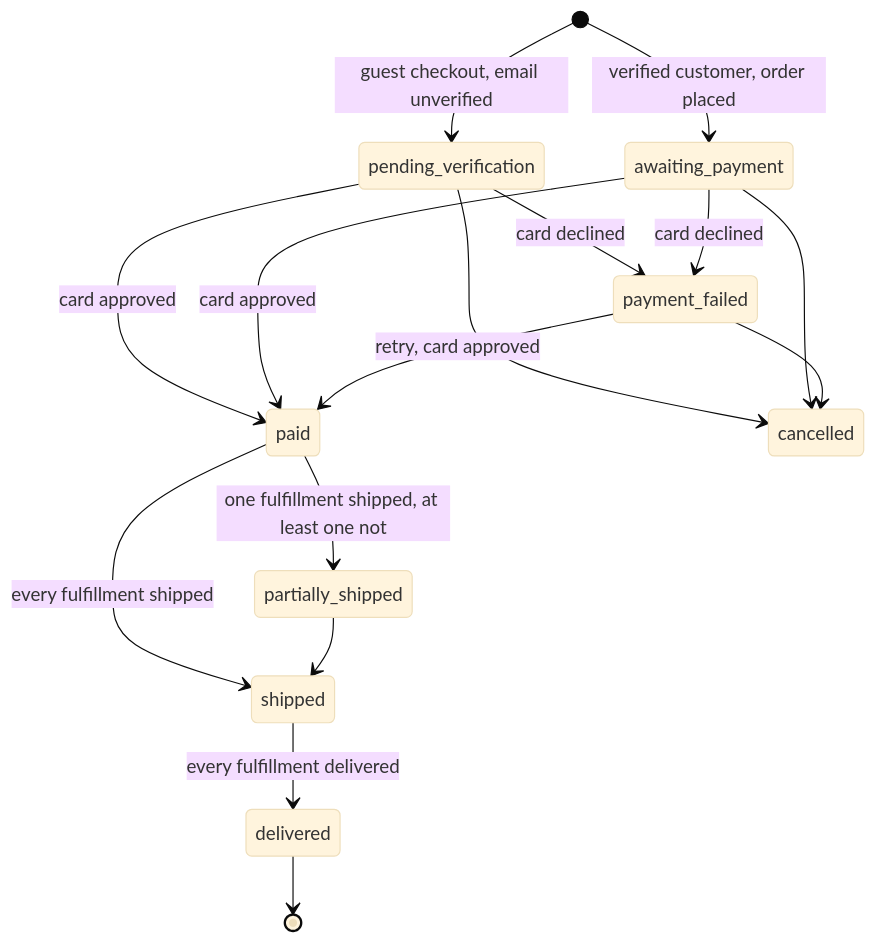
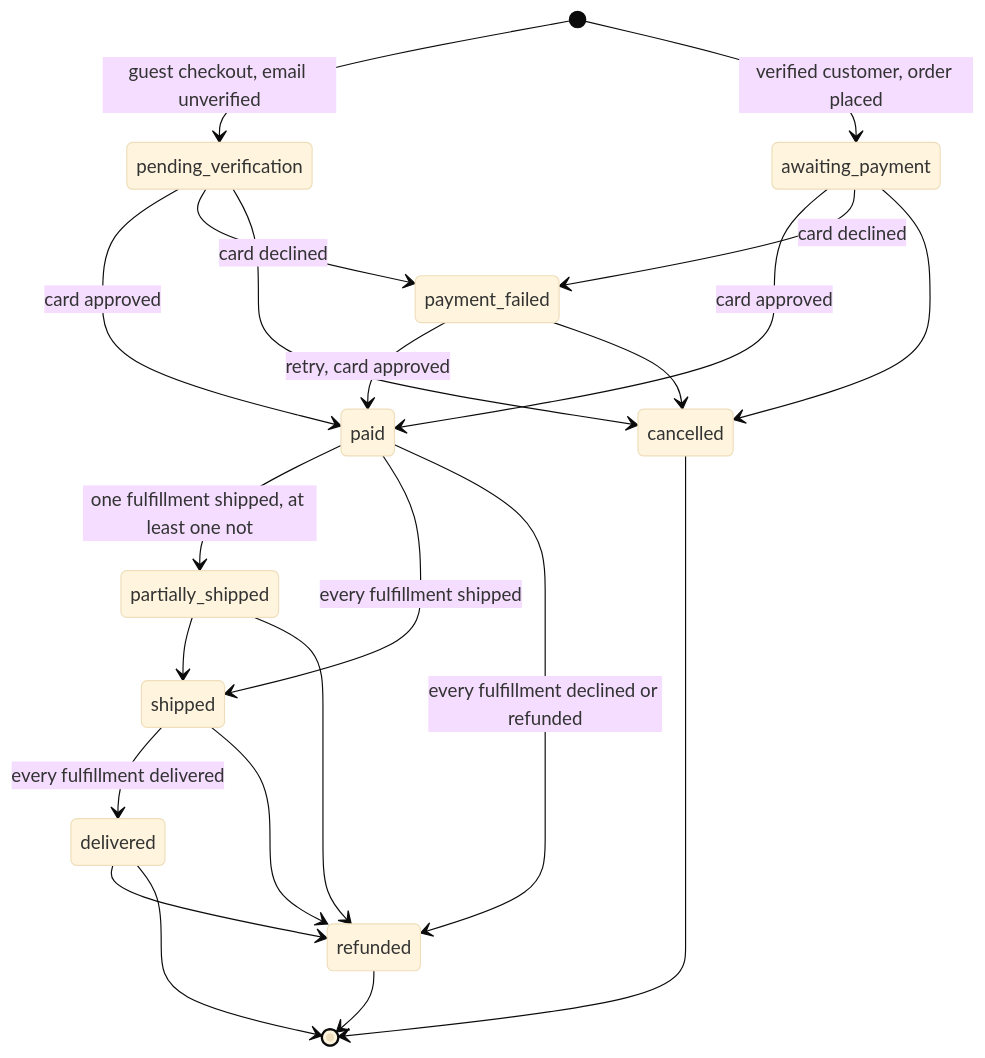
One commit to jonathan-beebe/art-store changed the second of 5 diagrams in prototype/php/docs/orders.md. Above: the diagram before and after it, drawn with Mermaid (base theme). The commit also changed other lines of this file and 461 other files, not shown here.

````diff
--- a/prototype/php/docs/orders.md
+++ b/prototype/php/docs/orders.md
@@ -59,18 +128,24 @@
 ```mermaid
 stateDiagram-v2
     [*] --> pending_verification : guest checkout, email unverified
     [*] --> awaiting_payment : verified customer, order placed
     pending_verification --> paid : card approved
     pending_verification --> payment_failed : card declined
     pending_verification --> cancelled
     awaiting_payment --> paid : card approved
     awaiting_payment --> payment_failed : card declined
     awaiting_payment --> cancelled
     payment_failed --> paid : retry, card approved
     payment_failed --> cancelled
     paid --> partially_shipped : one fulfillment shipped, at least one not
     paid --> shipped : every fulfillment shipped
     partially_shipped --> shipped
     shipped --> delivered : every fulfillment delivered
+    paid --> refunded : every fulfillment declined or refunded
+    partially_shipped --> refunded
+    shipped --> refunded
+    delivered --> refunded
     delivered --> [*]
+    cancelled --> [*]
+    refunded --> [*]
 ```
````
